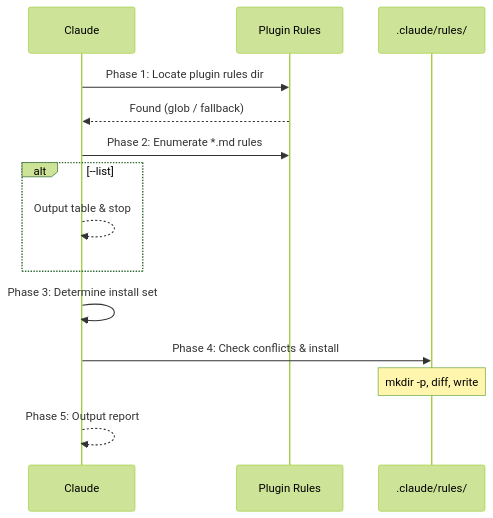
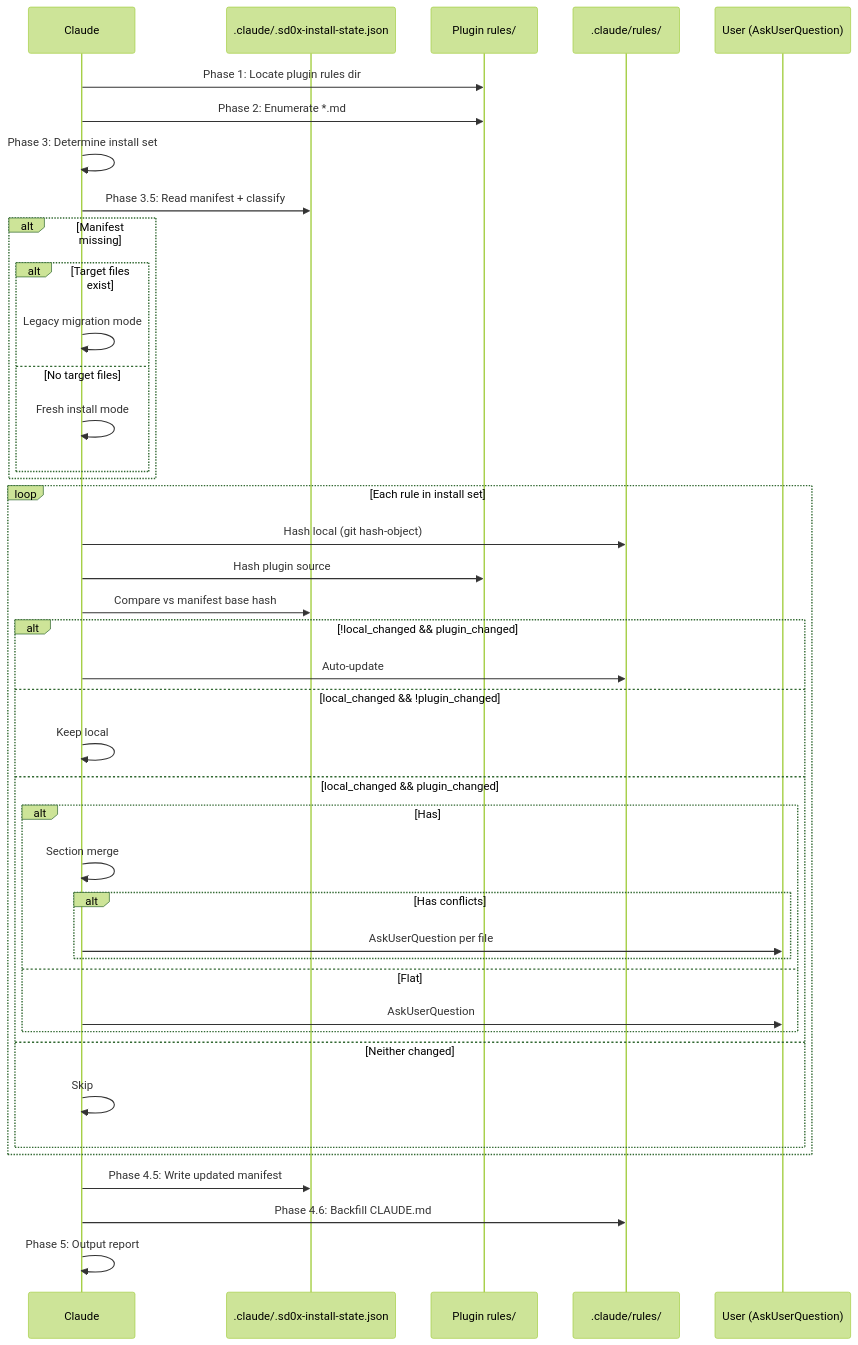
Before and after one commit to jupiter-Pulin/Uranus-dev-flow: the diagram in commands/install-rules.md, drawn with Mermaid (forest theme). The commit also changed other lines of this file and 3 other files, not shown here.

Commit message:
feat: Adds manifest-tracked smart merge to install-rules and manifest tracking to install-hooks, install-scripts, project-setup

````diff
--- a/commands/install-rules.md
+++ b/commands/install-rules.md
@@ -20,17 +20,44 @@
 ```mermaid
 sequenceDiagram
     participant C as Claude
-    participant P as Plugin Rules
+    participant M as .claude/.sd0x-install-state.json
+    participant S as Plugin rules/
     participant T as .claude/rules/
+    participant U as User (AskUserQuestion)
 
-    C->>P: Phase 1: Locate plugin rules dir
-    P-->>C: Found (glob / fallback)
-    C->>P: Phase 2: Enumerate *.md rules
-    alt --list
-        C-->>C: Output table & stop
+    C->>S: Phase 1: Locate plugin rules dir
+    C->>S: Phase 2: Enumerate *.md
+    C->>C: Phase 3: Determine install set
+    C->>M: Phase 3.5: Read manifest + classify
+    alt Manifest missing
+        alt Target files exist
+            C->>C: Legacy migration mode
+        else No target files
+            C->>C: Fresh install mode
+        end
     end
-    C->>C: Phase 3: Determine install set
-    C->>T: Phase 4: Check conflicts & install
-    Note over T: mkdir -p, diff, write
-    C-->>C: Phase 5: Output report
+    loop Each rule in install set
+        C->>T: Hash local (git hash-object)
+        C->>S: Hash plugin source
+        C->>M: Compare vs manifest base hash
+        alt !local_changed && plugin_changed
+            C->>T: Auto-update
+        else local_changed && !plugin_changed
+            C->>C: Keep local
+        else local_changed && plugin_changed
+            alt Has ## headings
+                C->>C: Section merge
+                alt Has conflicts
+                    C->>U: AskUserQuestion per file
+                end
+            else Flat
+                C->>U: AskUserQuestion
+            end
+        else Neither changed
+            C->>C: Skip
+        end
+    end
+    C->>M: Phase 4.5: Write updated manifest
+    C->>T: Phase 4.6: Backfill CLAUDE.md
+    C->>C: Phase 5: Output report
 ```
````
